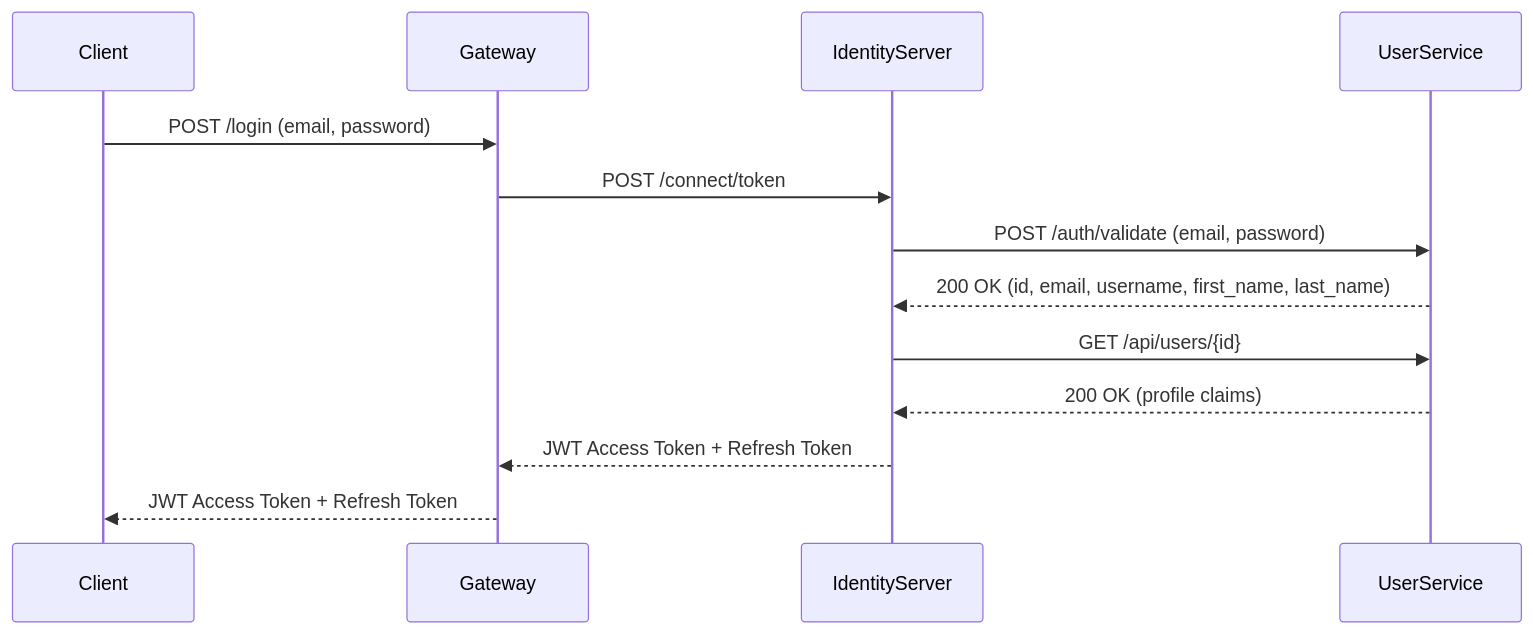
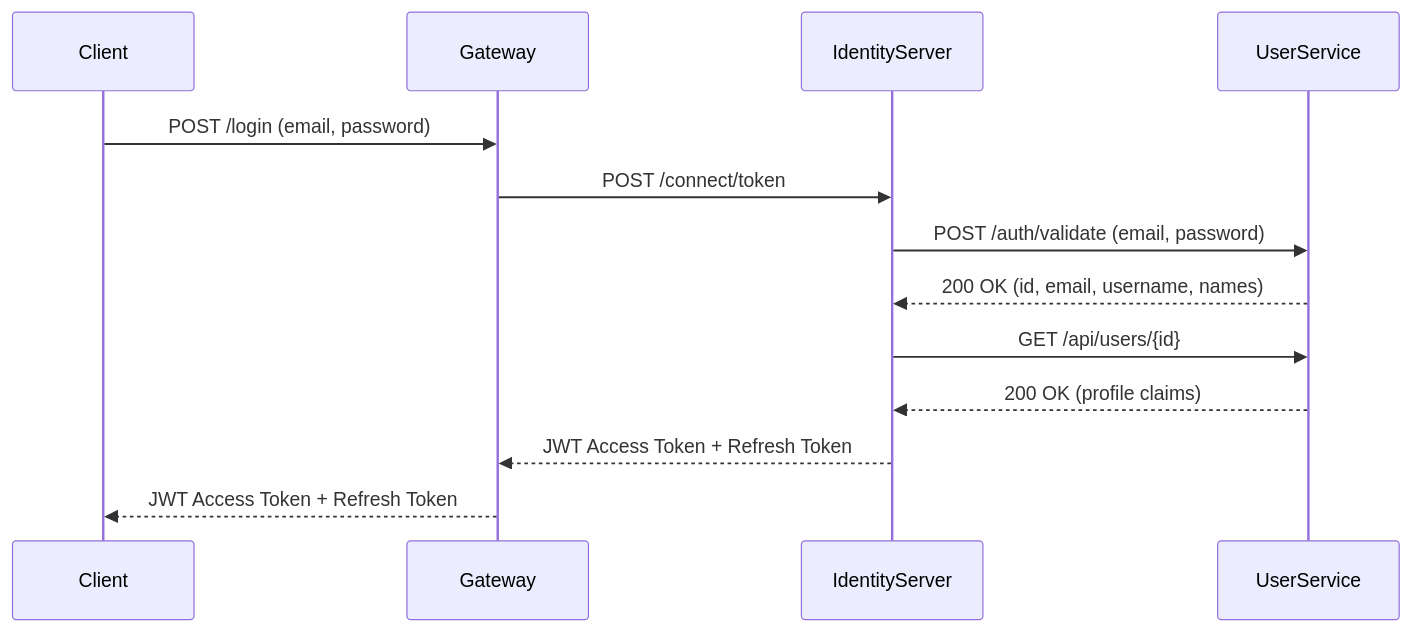
One commit to AboubacarSow/task-management-microservice changed the second of 5 diagrams in README.md. Above: the diagram before and after it, drawn with Mermaid. The commit also changed other lines of this file, not shown here.

````diff
--- a/README.md
+++ b/README.md
@@ -163,16 +161,16 @@
 ```mermaid
 sequenceDiagram
     participant Client
     participant Gateway
     participant IdentityServer
     participant UserService
 
     Client->>Gateway: POST /login (email, password)
     Gateway->>IdentityServer: POST /connect/token
     IdentityServer->>UserService: POST /auth/validate (email, password)
-    UserService-->>IdentityServer: 200 OK (id, email, username, first_name, last_name)
+    UserService-->>IdentityServer: 200 OK (id, email, username, names)
     IdentityServer->>UserService: GET /api/users/{id}
     UserService-->>IdentityServer: 200 OK (profile claims)
     IdentityServer-->>Gateway: JWT Access Token + Refresh Token
     Gateway-->>Client: JWT Access Token + Refresh Token
 ```
````
